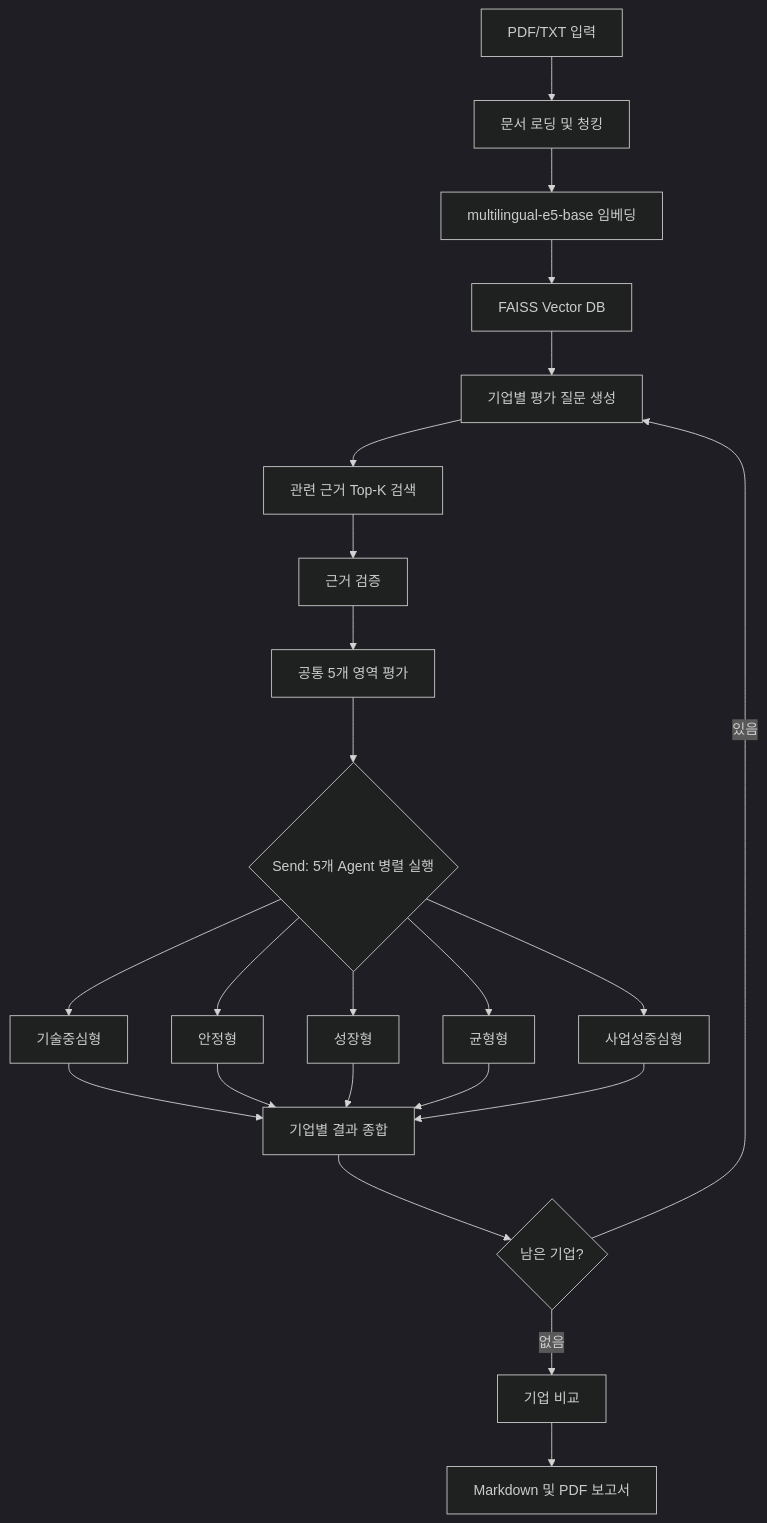
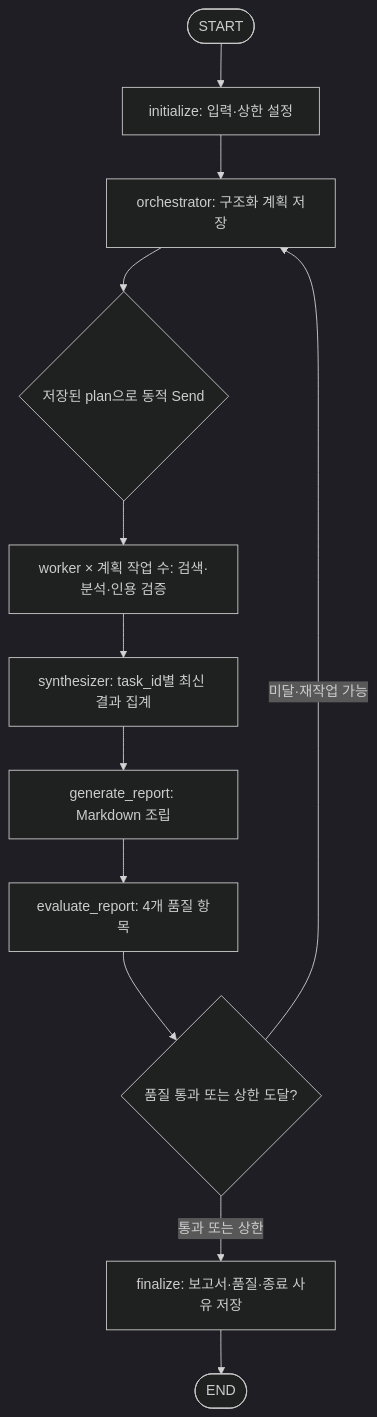
Before and after one commit to sumin-990416/Langchain_Skala_U3: the diagram in README.md, drawn with Mermaid (dark theme). The commit also changed other lines of this file and 25 other files, not shown here.

````diff
--- a/README.md
+++ b/README.md
@@ -84,25 +84,14 @@
 ```mermaid
 flowchart TD
-    A[PDF/TXT 입력] --> B[문서 로딩 및 청킹]
-    B --> C[multilingual-e5-base 임베딩]
-    C --> D[FAISS Vector DB]
-    D --> E[기업별 평가 질문 생성]
-    E --> F[관련 근거 Top-K 검색]
-    F --> G[근거 검증]
-    G --> H[공통 5개 영역 평가]
-    H --> I{Send: 5개 Agent 병렬 실행}
-    I --> T[기술중심형]
-    I --> S[안정형]
-    I --> R[성장형]
-    I --> B2[균형형]
-    I --> M[사업성중심형]
-    T --> J[기업별 결과 종합]
-    S --> J
-    R --> J
-    B2 --> J
-    M --> J
-    J --> K{남은 기업?}
-    K -->|있음| E
-    K -->|없음| L[기업 비교]
-    L --> N[Markdown 및 PDF 보고서]
+    S([START]) --> I[initialize: 입력·상한 설정]
+    I --> O[orchestrator: 구조화 계획 저장]
+    O --> F{저장된 plan으로 동적 Send}
+    F --> W[worker × 계획 작업 수: 검색·분석·인용 검증]
+    W --> Y[synthesizer: task_id별 최신 결과 집계]
+    Y --> R[generate_report: Markdown 조립]
+    R --> Q[evaluate_report: 4개 품질 항목]
+    Q --> D{품질 통과 또는 상한 도달?}
+    D -->|미달·재작업 가능| O
+    D -->|통과 또는 상한| E[finalize: 보고서·품질·종료 사유 저장]
+    E --> T([END])
 ```
````
